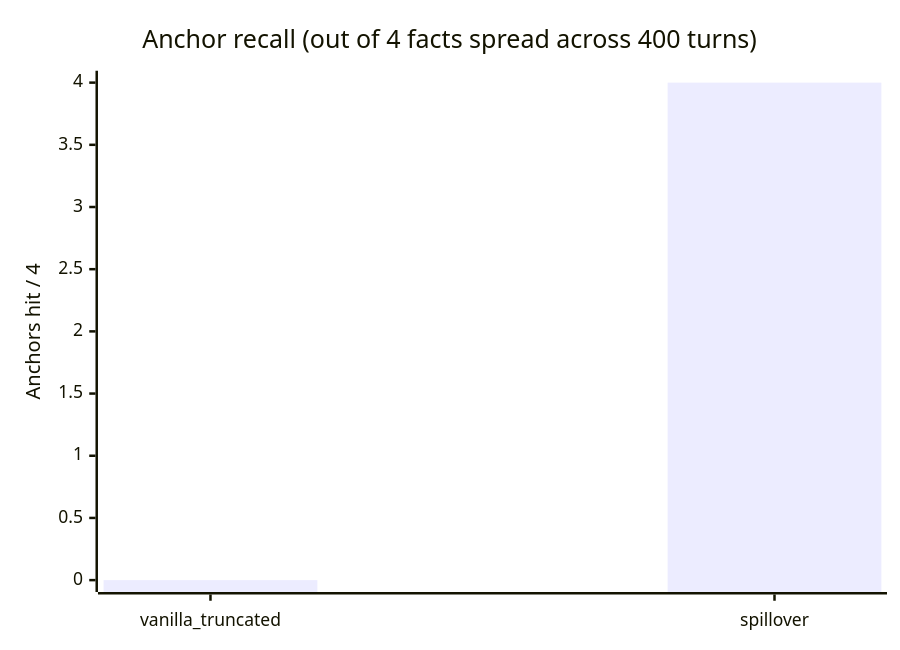
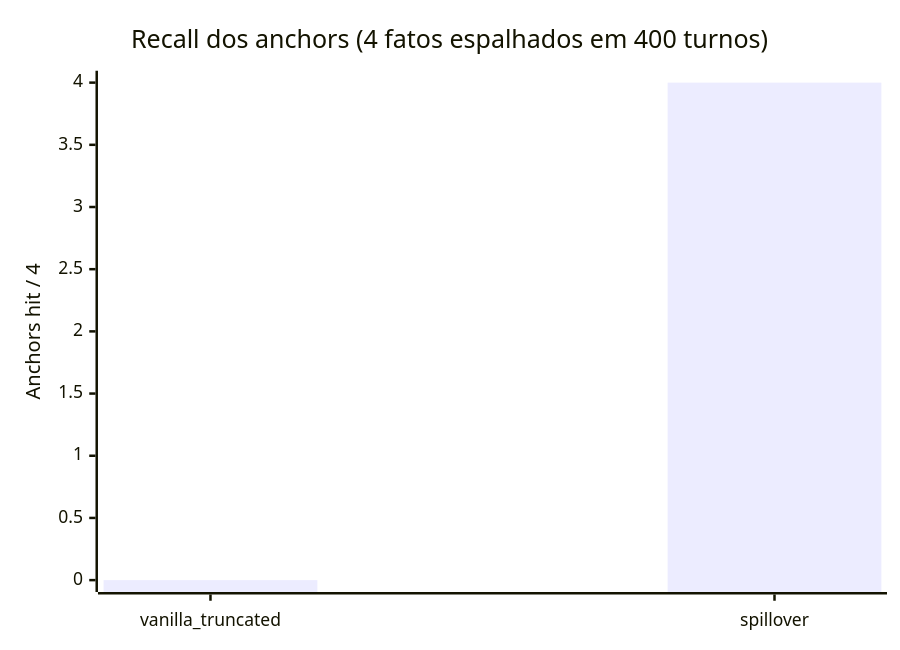
The first of 3 diagrams in docs/architecture/10-performance-heavy.md (Luizhcrs/spillover), drawn with Mermaid before and after one commit. The commit also changed other lines of this file and 12 other files, not shown here.

Commit message:
docs(architecture): traduzir 13 docs pra PT-BR

````diff
--- a/docs/architecture/10-performance-heavy.md
+++ b/docs/architecture/10-performance-heavy.md
@@ -7,7 +7,7 @@
 ```mermaid
 xychart-beta
-    title "Anchor recall (out of 4 facts spread across 400 turns)"
+    title "Recall dos anchors (4 fatos espalhados em 400 turnos)"
     x-axis ["vanilla_truncated", "spillover"]
     y-axis "Anchors hit / 4" 0 --> 4
     bar [0, 4]
 ```
````
